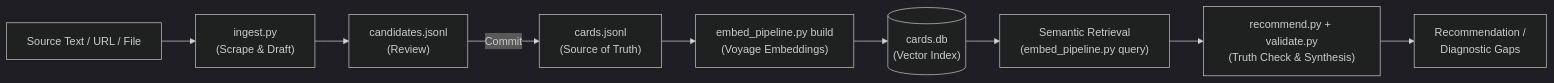
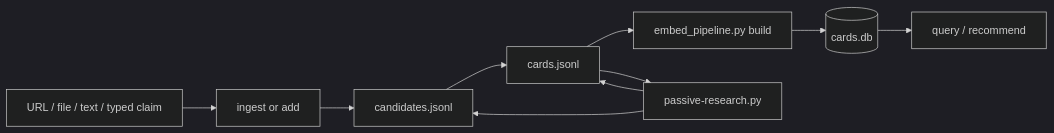
One commit to bbell03/RAG changed the diagram in README.md. Above: the diagram before and after it, drawn with Mermaid (dark theme). The commit also changed other lines of this file and 18 other files, not shown here.

````diff
--- a/README.md
+++ b/README.md
@@ -5,11 +7,12 @@
 ```mermaid
 flowchart LR
-    Source["Source Text / URL / File"] --> Ingest["ingest.py\n(Scrape & Draft)"]
-    Ingest --> Candidates["candidates.jsonl\n(Review)"]
-    Candidates -- Commit --> Cards["cards.jsonl\n(Source of Truth)"]
-    Cards --> Build["embed_pipeline.py build\n(Voyage Embeddings)"]
-    Build --> DB[("cards.db\n(Vector Index)")]
-    DB --> Query["Semantic Retrieval\n(embed_pipeline.py query)"]
-    Query --> Reason["recommend.py + validate.py\n(Truth Check & Synthesis)"]
-    Reason --> Output["Recommendation /\nDiagnostic Gaps"]
+    Source["URL / file / text / typed claim"] --> Draft["ingest or add"]
+    Draft --> Candidates["candidates.jsonl"]
+    Candidates --> Cards["cards.jsonl"]
+    Cards --> Build["embed_pipeline.py build"]
+    Build --> DB[("cards.db")]
+    DB --> Search["query / recommend"]
+    Cards --> Research["passive-research.py"]
+    Research --> Cards
+    Research --> Candidates
 ```
````
